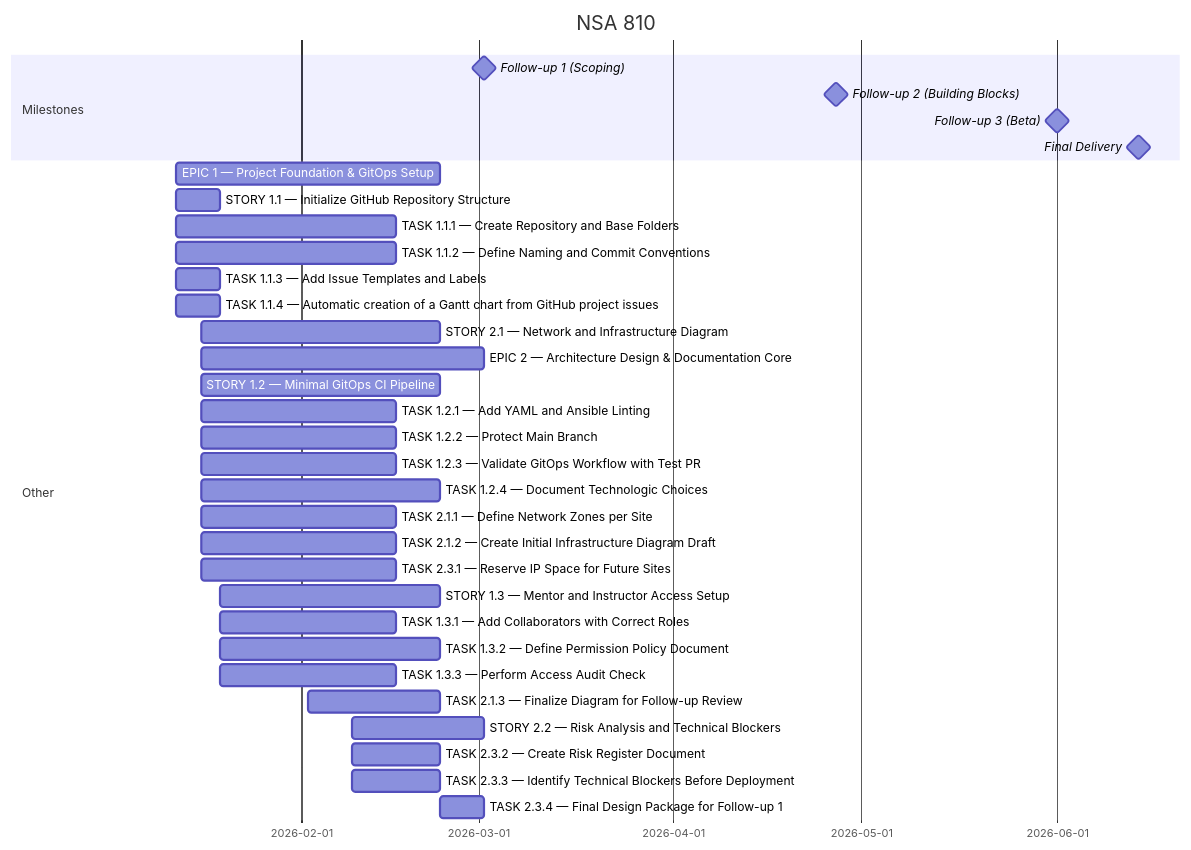
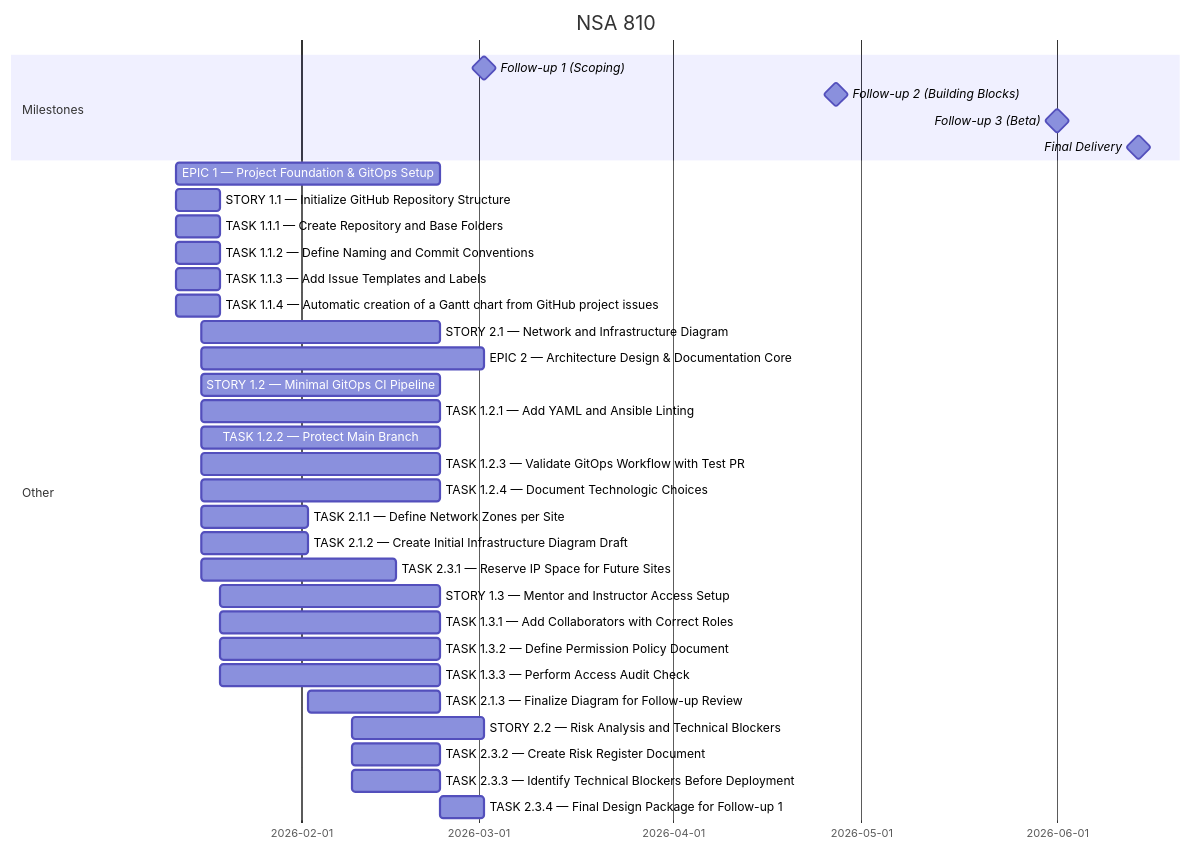
One commit to LazareMouzet/T-NSA-810 changed the diagram in docs/project_management/gantt.md. Above: the diagram before and after it, drawn with Mermaid. The commit also changed 1 other file, not shown here.

Commit message:
docs: update Gantt chart export command to use export_gantt_tnsa.py

````diff
--- a/docs/project_management/gantt.md
+++ b/docs/project_management/gantt.md
@@ -1,40 +1,40 @@
 ```mermaid
 %%{init: {'gantt': {'leftPadding': 150}}}%%
 gantt
   title NSA 810
   dateFormat YYYY-MM-DD
 
   section Milestones
-  Follow-up 1 (Scoping) : milestone, m50, 2026-03-02, 0d
-  Follow-up 2 (Building Blocks) : milestone, m756, 2026-04-27, 0d
-  Follow-up 3 (Beta) : milestone, m550, 2026-06-01, 0d
-  Final Delivery : milestone, m969, 2026-06-14, 0d
+  Follow-up 1 (Scoping) : milestone, m380, 2026-03-02, 0d
+  Follow-up 2 (Building Blocks) : milestone, m457, 2026-04-27, 0d
+  Follow-up 3 (Beta) : milestone, m623, 2026-06-01, 0d
+  Final Delivery : milestone, m321, 2026-06-14, 0d
 
   section Other
   EPIC 1 — Project Foundation & GitOps Setup : 2026-01-12, 2026-02-23
   STORY 1.1 — Initialize GitHub Repository Structure : 2026-01-12, 2026-01-19
-  TASK 1.1.1 — Create Repository and Base Folders : 2026-01-12, 2026-02-16
-  TASK 1.1.2 — Define Naming and Commit Conventions : 2026-01-12, 2026-02-16
+  TASK 1.1.1 — Create Repository and Base Folders : 2026-01-12, 2026-01-19
+  TASK 1.1.2 — Define Naming and Commit Conventions : 2026-01-12, 2026-01-19
   TASK 1.1.3 — Add Issue Templates and Labels : 2026-01-12, 2026-01-19
   TASK 1.1.4 — Automatic creation of a Gantt chart from GitHub project issues : 2026-01-12, 2026-01-19
   STORY 2.1 — Network and Infrastructure Diagram : 2026-01-16, 2026-02-23
   EPIC 2 — Architecture Design & Documentation Core : 2026-01-16, 2026-03-02
   STORY 1.2 — Minimal GitOps CI Pipeline : 2026-01-16, 2026-02-23
-  TASK 1.2.1 — Add YAML and Ansible Linting : 2026-01-16, 2026-02-16
-  TASK 1.2.2 — Protect Main Branch : 2026-01-16, 2026-02-16
-  TASK 1.2.3 — Validate GitOps Workflow with Test PR : 2026-01-16, 2026-02-16
+  TASK 1.2.1 — Add YAML and Ansible Linting : 2026-01-16, 2026-02-23
+  TASK 1.2.2 — Protect Main Branch : 2026-01-16, 2026-02-23
+  TASK 1.2.3 — Validate GitOps Workflow with Test PR : 2026-01-16, 2026-02-23
   TASK 1.2.4 — Document Technologic Choices : 2026-01-16, 2026-02-23
-  TASK 2.1.1 — Define Network Zones per Site : 2026-01-16, 2026-02-16
-  TASK 2.1.2 — Create Initial Infrastructure Diagram Draft : 2026-01-16, 2026-02-16
+  TASK 2.1.1 — Define Network Zones per Site : 2026-01-16, 2026-02-02
+  TASK 2.1.2 — Create Initial Infrastructure Diagram Draft : 2026-01-16, 2026-02-02
   TASK 2.3.1 — Reserve IP Space for Future Sites : 2026-01-16, 2026-02-16
   STORY 1.3 — Mentor and Instructor Access Setup : 2026-01-19, 2026-02-23
-  TASK 1.3.1 — Add Collaborators with Correct Roles : 2026-01-19, 2026-02-16
+  TASK 1.3.1 — Add Collaborators with Correct Roles : 2026-01-19, 2026-02-23
   TASK 1.3.2 — Define Permission Policy Document : 2026-01-19, 2026-02-23
-  TASK 1.3.3 — Perform Access Audit Check : 2026-01-19, 2026-02-16
+  TASK 1.3.3 — Perform Access Audit Check : 2026-01-19, 2026-02-23
   TASK 2.1.3 — Finalize Diagram for Follow-up Review : 2026-02-02, 2026-02-23
   STORY 2.2 — Risk Analysis and Technical Blockers : 2026-02-09, 2026-03-02
   TASK 2.3.2 — Create Risk Register Document : 2026-02-09, 2026-02-23
   TASK 2.3.3 — Identify Technical Blockers Before Deployment : 2026-02-09, 2026-02-23
   TASK 2.3.4 — Final Design Package for Follow-up 1 : 2026-02-23, 2026-03-02
 
 ```
````
